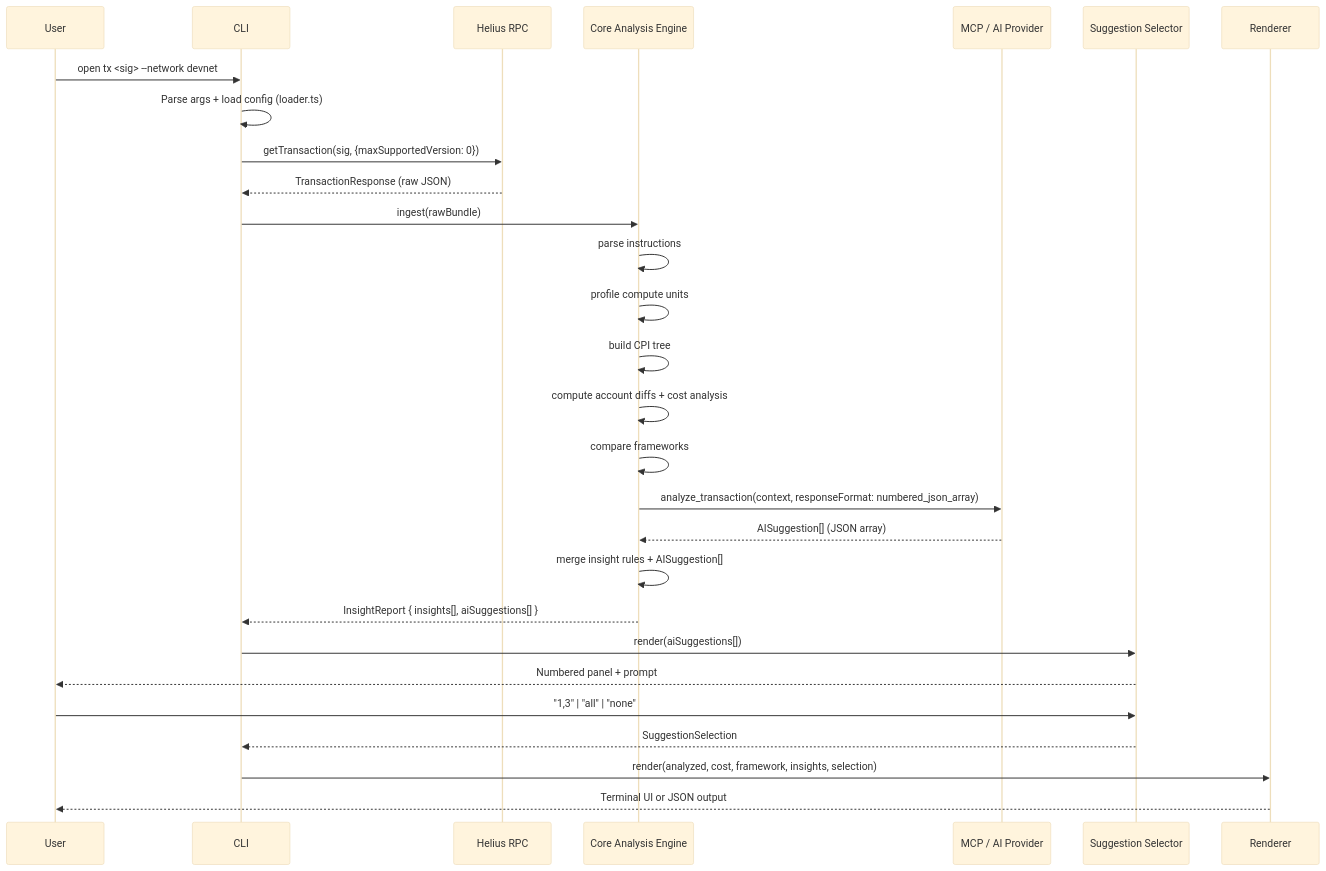
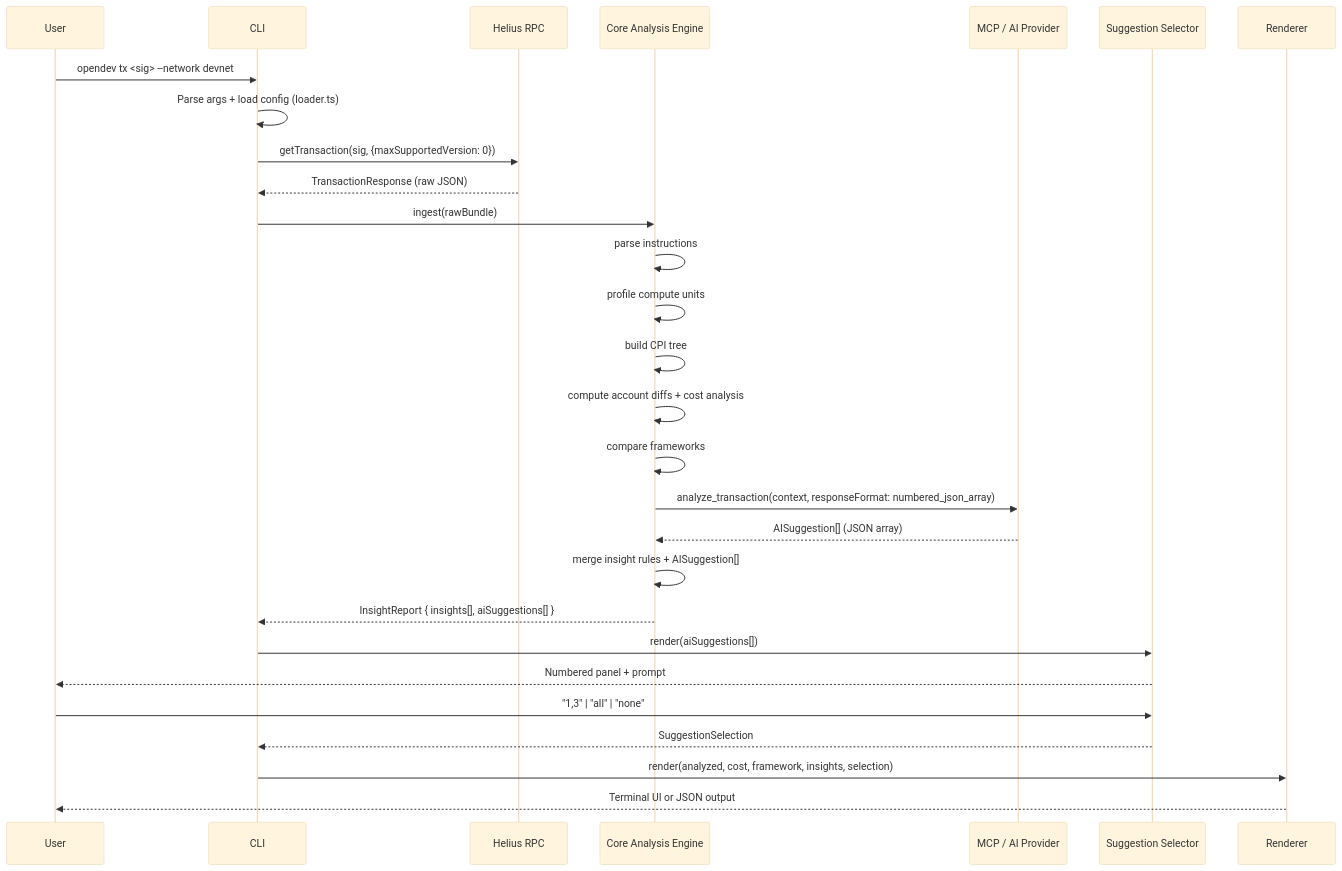
Before and after one commit to OpenSubmissionn/Open_DevTool: the second of 3 diagrams in docs/Architecture_OPEN.md, drawn with Mermaid (base theme). The commit also changed other lines of this file and 12 other files, not shown here.

First line of the commit message:
feat: rename CLI to opendev + curl installer + samui-style README

````diff
--- a/docs/Architecture_OPEN.md
+++ b/docs/Architecture_OPEN.md
@@ -1141,31 +1141,31 @@
 ```mermaid
 sequenceDiagram
     participant User
     participant CLI
     participant RPC as Helius RPC
     participant Engine as Core Analysis Engine
     participant MCP as MCP / AI Provider
     participant Selector as Suggestion Selector
     participant Renderer
 
-    User->>CLI: open tx <sig> --network devnet
+    User->>CLI: opendev tx <sig> --network devnet
     CLI->>CLI: Parse args + load config (loader.ts)
     CLI->>RPC: getTransaction(sig, {maxSupportedVersion: 0})
     RPC-->>CLI: TransactionResponse (raw JSON)
     CLI->>Engine: ingest(rawBundle)
     Engine->>Engine: parse instructions
     Engine->>Engine: profile compute units
     Engine->>Engine: build CPI tree
     Engine->>Engine: compute account diffs + cost analysis
     Engine->>Engine: compare frameworks
     Engine->>MCP: analyze_transaction(context, responseFormat: numbered_json_array)
     MCP-->>Engine: AISuggestion[] (JSON array)
     Engine->>Engine: merge insight rules + AISuggestion[]
     Engine-->>CLI: InsightReport { insights[], aiSuggestions[] }
     CLI->>Selector: render(aiSuggestions[])
     Selector-->>User: Numbered panel + prompt
     User->>Selector: "1,3" | "all" | "none"
     Selector-->>CLI: SuggestionSelection
     CLI->>Renderer: render(analyzed, cost, framework, insights, selection)
     Renderer-->>User: Terminal UI or JSON output
 ```
````
